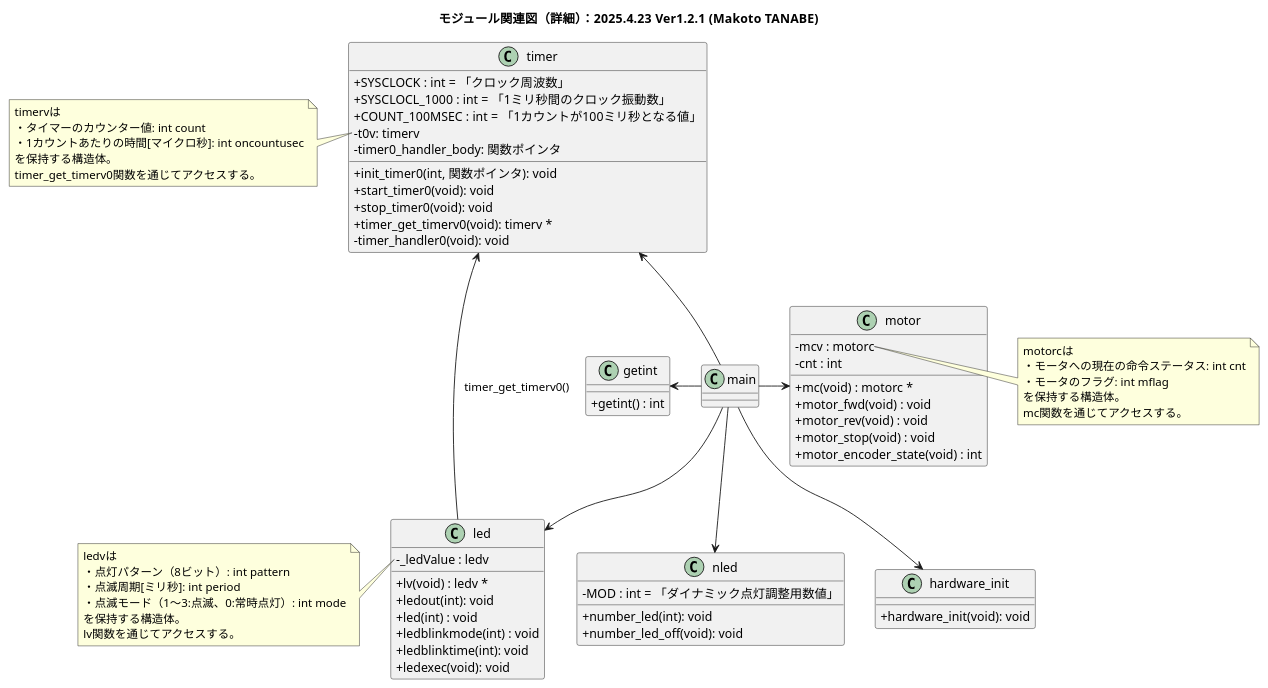
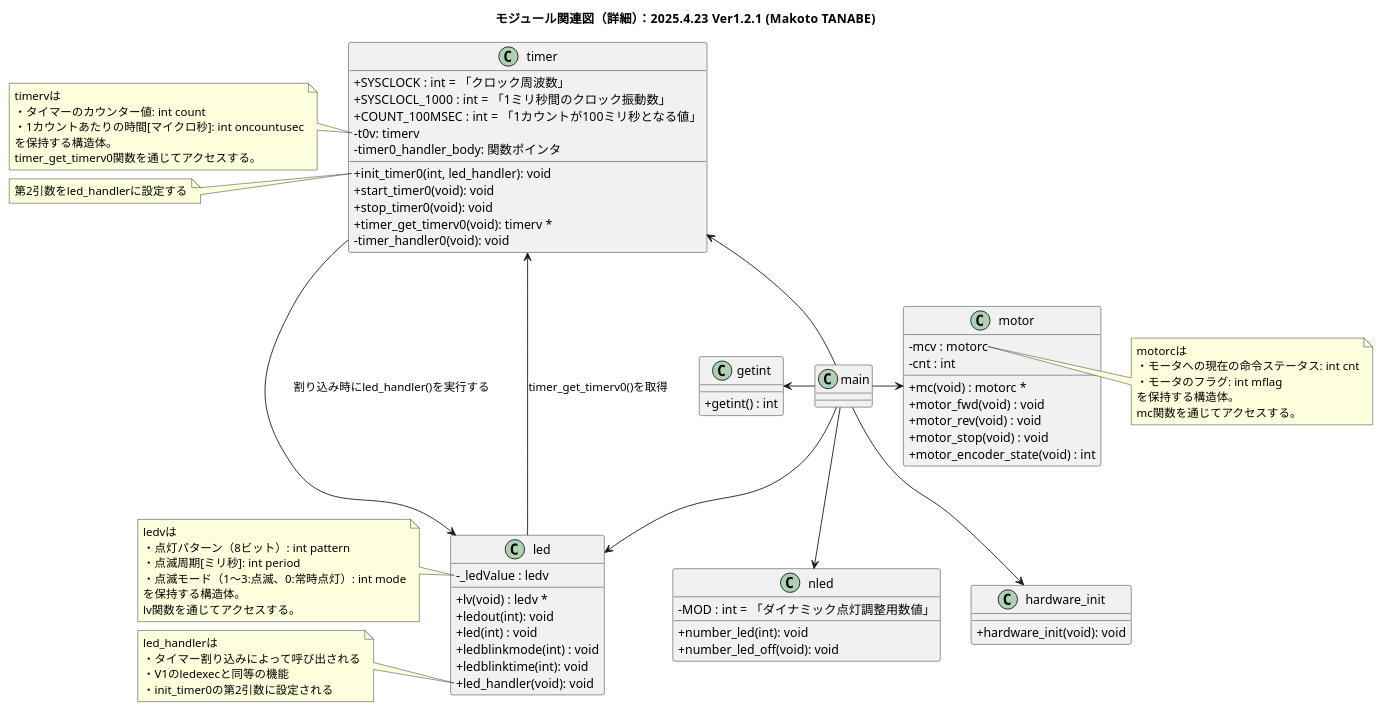
The diagram in AssociationChart/DetailModuleV2.pu (rebuildup/GRI-2nd), drawn with PlantUML before and after one commit. The commit also changed 24 other files, not shown here.

```diff
--- a/AssociationChart/DetailModuleV2.pu
+++ b/AssociationChart/DetailModuleV2.pu
@@ -1,94 +1,106 @@
 @startuml
 
 skinparam classAttributeIconSize 0
 title モジュール関連図（詳細）：2025.4.23 Ver1.2.1 (Makoto TANABE)
 
 
 'クラスと属性・操作の定義
 class main {
 }
 
 class hardware_init {
   + hardware_init(void): void
 }
 
 class getint {
   +getint() : int
 }
 
 'V1.2 名称変更ledbflag->ledblinkmode
 class led {
   -_ledValue : ledv
   +lv(void) : ledv *
   +ledout(int): void
   +led(int) : void
   +ledblinkmode(int) : void
   +ledblinktime(int): void
-  +ledexec(void): void
+  +led_handler(void): void
 }
 
 note left of led::_ledValue
 ledvは
 ・点灯パターン（8ビット）: int pattern
 ・点滅周期[ミリ秒]: int period
 ・点滅モード（1～3:点滅、0:常時点灯）: int mode
 を保持する構造体。
 lv関数を通じてアクセスする。
+end note
+
+note left of led::led_handler
+led_handlerは
+・タイマー割り込みによって呼び出される
+・V1のledexecと同等の機能
+・init_timer0の第2引数に設定される
 end note
 
 class nled {
   -MOD : int = 「ダイナミック点灯調整用数値」
   +number_led(int): void
   +number_led_off(void): void
 }
 
 class motor {
  -mcv : motorc
  -cnt : int
  +mc(void) : motorc *
  +motor_fwd(void) : void
  +motor_rev(void) : void
  +motor_stop(void) : void
  +motor_encoder_state(void) : int
 }
 
 note right of motor::mcv
 motorcは
 ・モータへの現在の命令ステータス: int cnt
 ・モータのフラグ: int mflag
 を保持する構造体。
 mc関数を通じてアクセスする。
 end note
 
 
 class timer {
   + SYSCLOCK : int = 「クロック周波数」
   + SYSCLOCL_1000 : int = 「1ミリ秒間のクロック振動数」
   + COUNT_100MSEC : int = 「1カウントが100ミリ秒となる値」 
   - t0v: timerv
   - timer0_handler_body: 関数ポインタ 
 
-  + init_timer0(int, 関数ポインタ): void
+  + init_timer0(int, led_handler): void
   + start_timer0(void): void
   + stop_timer0(void): void
   + timer_get_timerv0(void): timerv *
   - timer_handler0(void): void
 }
 
 note left of timer::t0v
 timervは
 ・タイマーのカウンター値: int count
 ・1カウントあたりの時間[マイクロ秒]: int oncountusec
 を保持する構造体。
 timer_get_timerv0関数を通じてアクセスする。
 end note
 
+note left of timer::init_timer0
+第2引数をled_handlerに設定する
+end note
+
 '関連
 main -u-> timer
 main --> hardware_init
 main -l-> getint
 main --> led
 main -d-> nled
 main -r-> motor
-timer <-- led : timer_get_timerv0()
+timer --> led :割り込み時にled_handler()を実行する
+timer <-- led :timer_get_timerv0()を取得
 @enduml
```
